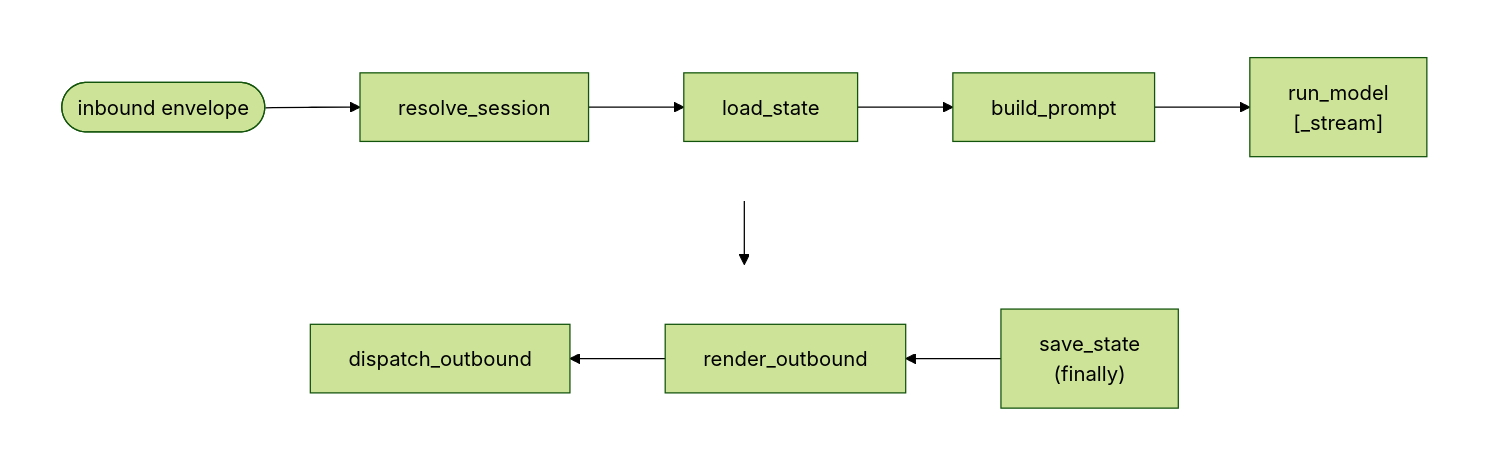
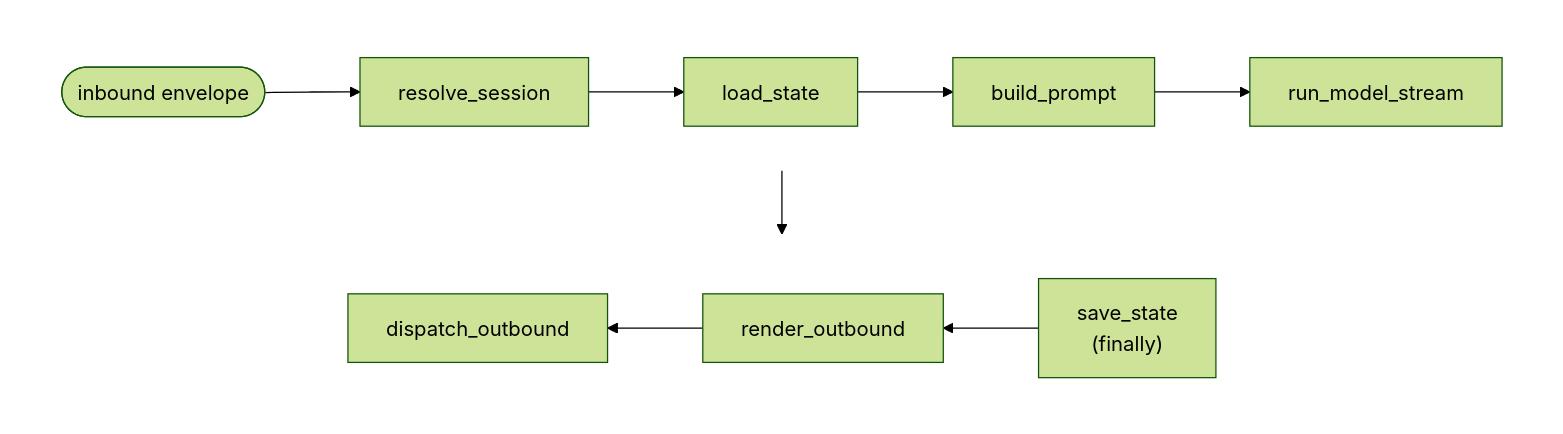
The diagram in website/src/content/docs/docs/concepts/index.mdx (bubbuild/bub), drawn with Mermaid (forest theme) before and after one commit. The commit also changed 78 other files, not shown here.

Commit message:
feat(tape): prototype standard-driven tape architecture

````diff
--- a/website/src/content/docs/docs/concepts/index.mdx
+++ b/website/src/content/docs/docs/concepts/index.mdx
@@ -25,18 +25,18 @@
 ```mermaid
 flowchart TB
   subgraph row1[" "]
     direction LR
     inbound(["inbound envelope"]) --> resolve["resolve_session"]
     resolve --> load["load_state"]
     load --> prompt["build_prompt"]
-    prompt --> model["run_model<br/>[_stream]"]
+    prompt --> model["run_model_stream"]
   end
   subgraph row2[" "]
     direction RL
     save["save_state<br/>(finally)"] --> render["render_outbound"]
     render --> dispatch["dispatch_outbound"]
   end
   model --> save
   style row1 fill:transparent,stroke:transparent
   style row2 fill:transparent,stroke:transparent
 ```
````
